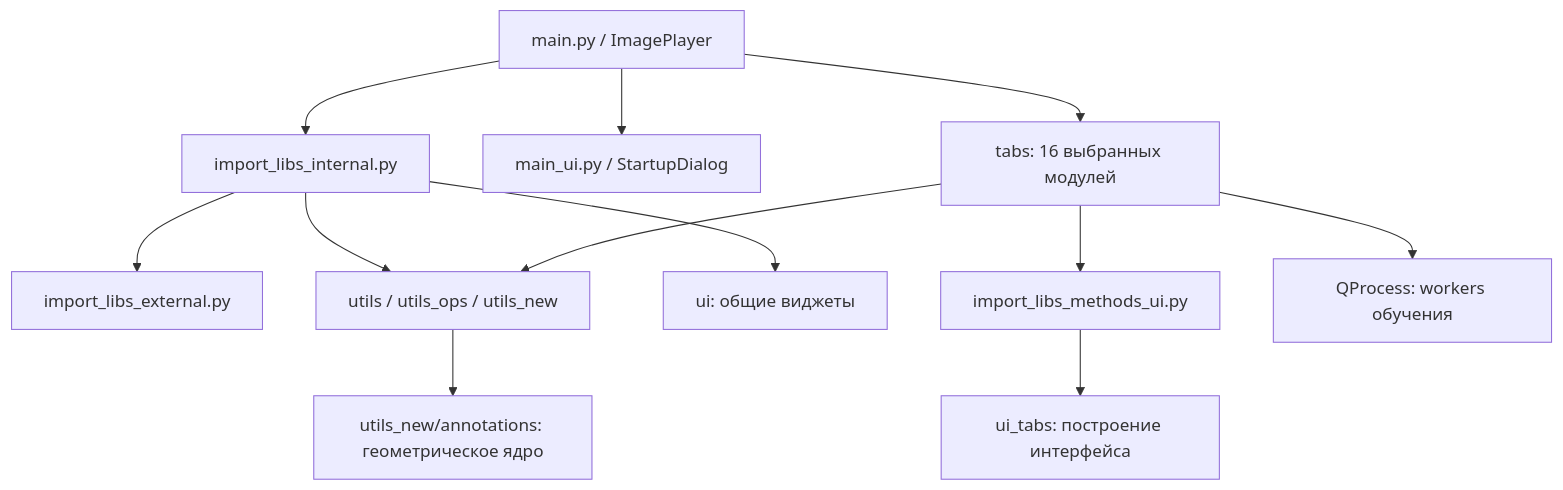
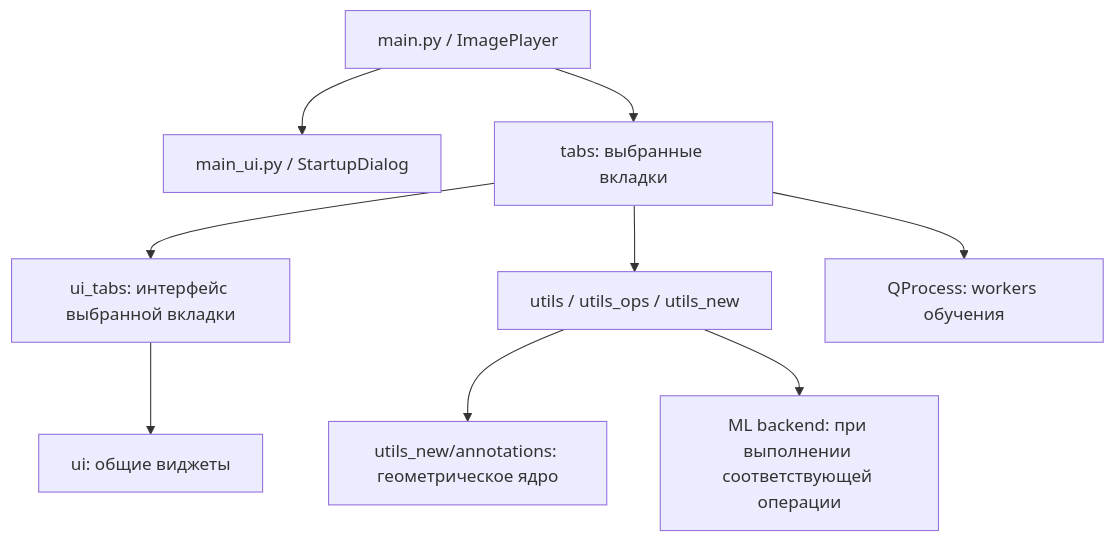
Before and after one commit to VorotilovRoman/Neuro_threshold: the first of 2 diagrams in Docs/Architecture.md, drawn with Mermaid. The commit also changed other lines of this file and 9 other files, not shown here.

````diff
--- a/Docs/Architecture.md
+++ b/Docs/Architecture.md
@@ -7,14 +7,11 @@
 ```mermaid
 flowchart TD
-    M[main.py / ImagePlayer] --> I[import_libs_internal.py]
-    M --> S[main_ui.py / StartupDialog]
-    M --> T[tabs: 16 выбранных модулей]
-    I --> E[import_libs_external.py]
-    I --> U[utils / utils_ops / utils_new]
-    I --> W[ui: общие виджеты]
-    T --> B[import_libs_methods_ui.py]
-    B --> L[ui_tabs: построение интерфейса]
-    T --> U
+    M[main.py / ImagePlayer] --> S[main_ui.py / StartupDialog]
+    M --> T[tabs: выбранные вкладки]
+    T --> L[ui_tabs: интерфейс выбранной вкладки]
+    T --> U[utils / utils_ops / utils_new]
+    L --> W[ui: общие виджеты]
     T --> P[QProcess: workers обучения]
     U --> C[utils_new/annotations: геометрическое ядро]
+    U --> D[ML backend: при выполнении соответствующей операции]
 ```
````
